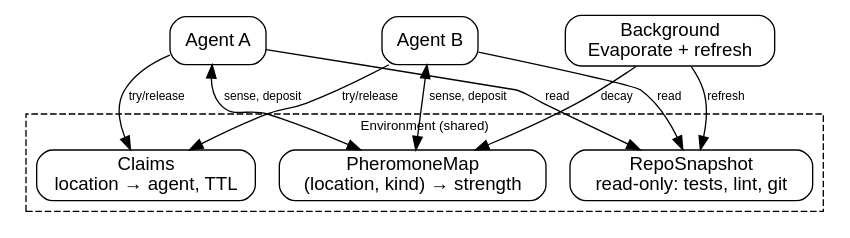
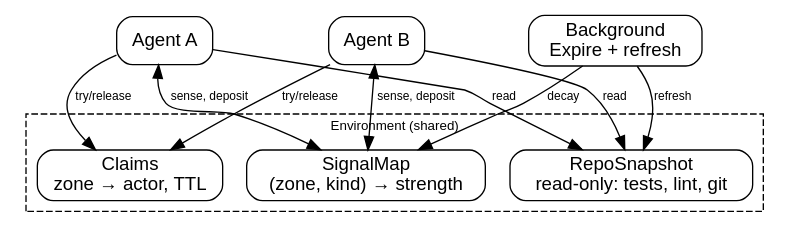
Before and after one commit to instagrim-dev/swarm-orchestration-spec: the sixth of 13 diagrams in annex-visualizations.md, drawn with Graphviz. The commit also changed other lines of this file, not shown here.

First line of the commit message:
docs: refresh annex-visualizations for v1.1 signal/zone vocabulary

````diff
--- a/annex-visualizations.md
+++ b/annex-visualizations.md
@@ -293,29 +293,29 @@
 ```dot
 digraph EnvStack {
   rankdir=TB;
   graph [fontname="Helvetica", fontsize=10];
   node [shape=box, style=rounded, fontname="Helvetica"];
   edge [fontname="Helvetica", fontsize=9];
 
   subgraph cluster_env {
     label="Environment (shared)";
     style=dashed;
-    PM [label="PheromoneMap\n(location, kind) → strength"];
-    CL [label="Claims\nlocation → agent, TTL"];
+    PM [label="SignalMap\n(zone, kind) → strength"];
+    CL [label="Claims\nzone → actor, TTL"];
     RS [label="RepoSnapshot\nread-only: tests, lint, git"];
   }
 
   A1 [label="Agent A"];
   A2 [label="Agent B"];
-  BG [label="Background\nEvaporate + refresh"];
+  BG [label="Background\nExpire + refresh"];
 
   A1 -> PM [label="sense, deposit", dir=both];
   A2 -> PM [label="sense, deposit", dir=both];
   A1 -> CL [label="try/release"];
   A2 -> CL [label="try/release"];
   A1 -> RS [label="read"];
   A2 -> RS [label="read"];
   BG -> PM [label="decay"];
   BG -> RS [label="refresh"];
 }
 ```
````
